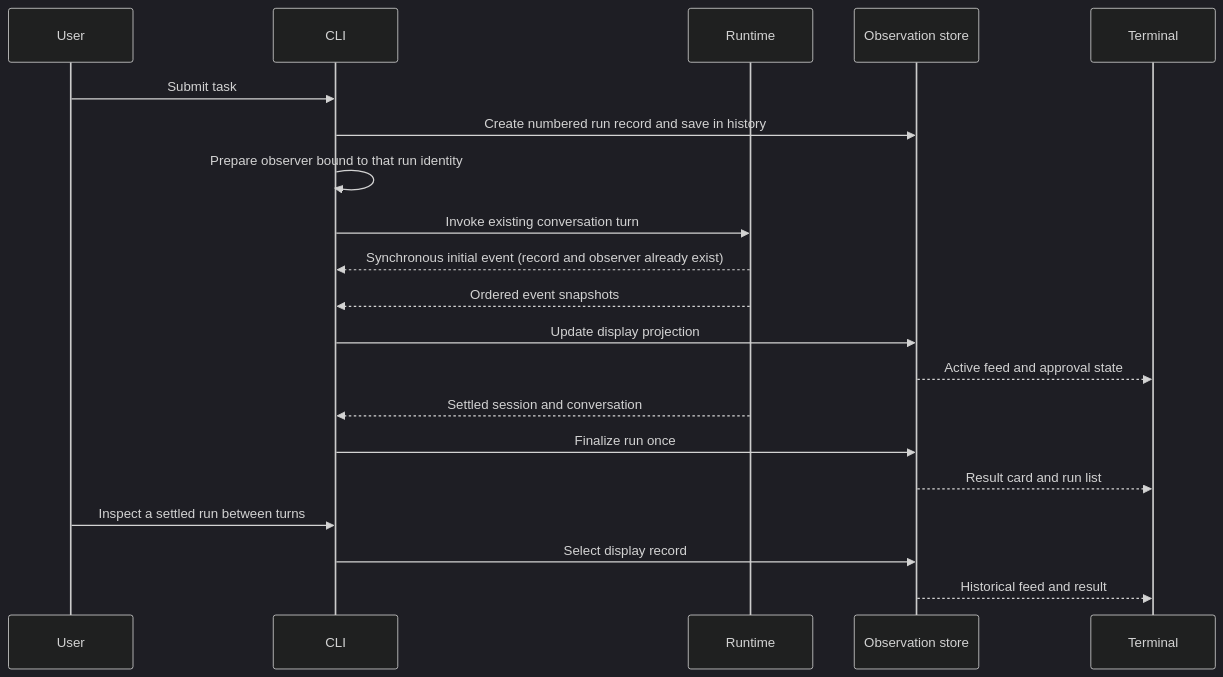
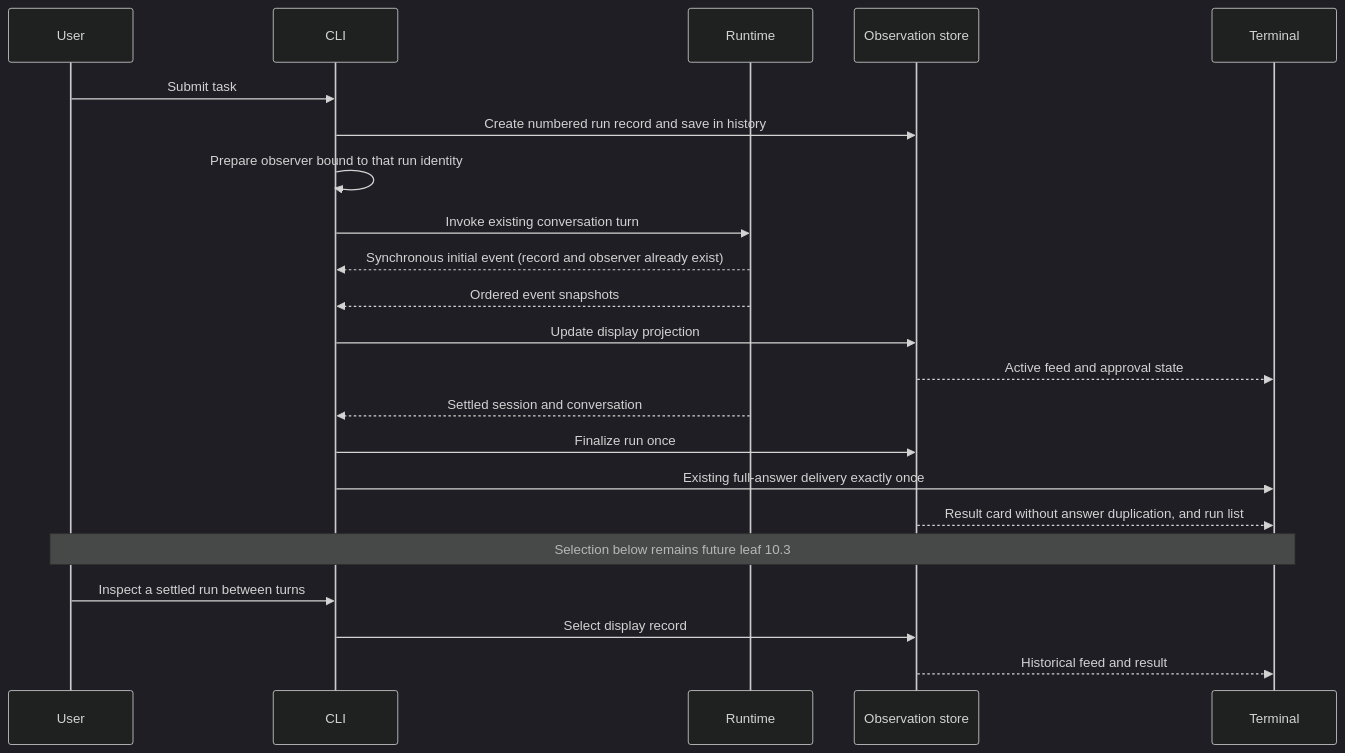
Before and after one commit to briginas/yo: the diagram in docs/plans/active/milestone-4-run-observation.md, drawn with Mermaid (dark theme). The commit also changed other lines of this file and 16 other files, not shown here.

Commit message:
feat: connect run observation to terminal chat

````diff
--- a/docs/plans/active/milestone-4-run-observation.md
+++ b/docs/plans/active/milestone-4-run-observation.md
@@ -54,22 +56,24 @@
 ```mermaid
 sequenceDiagram
     participant User
     participant CLI
     participant Runtime
     participant Store as Observation store
     participant Terminal
     User->>CLI: Submit task
     CLI->>Store: Create numbered run record and save in history
     CLI->>CLI: Prepare observer bound to that run identity
     CLI->>Runtime: Invoke existing conversation turn
     Runtime-->>CLI: Synchronous initial event (record and observer already exist)
     Runtime-->>CLI: Ordered event snapshots
     CLI->>Store: Update display projection
     Store-->>Terminal: Active feed and approval state
     Runtime-->>CLI: Settled session and conversation
     CLI->>Store: Finalize run once
-    Store-->>Terminal: Result card and run list
+    CLI->>Terminal: Existing full-answer delivery exactly once
+    Store-->>Terminal: Result card without answer duplication, and run list
+    Note over User,Terminal: Selection below remains future leaf 10.3
     User->>CLI: Inspect a settled run between turns
     CLI->>Store: Select display record
     Store-->>Terminal: Historical feed and result
 ```
````
